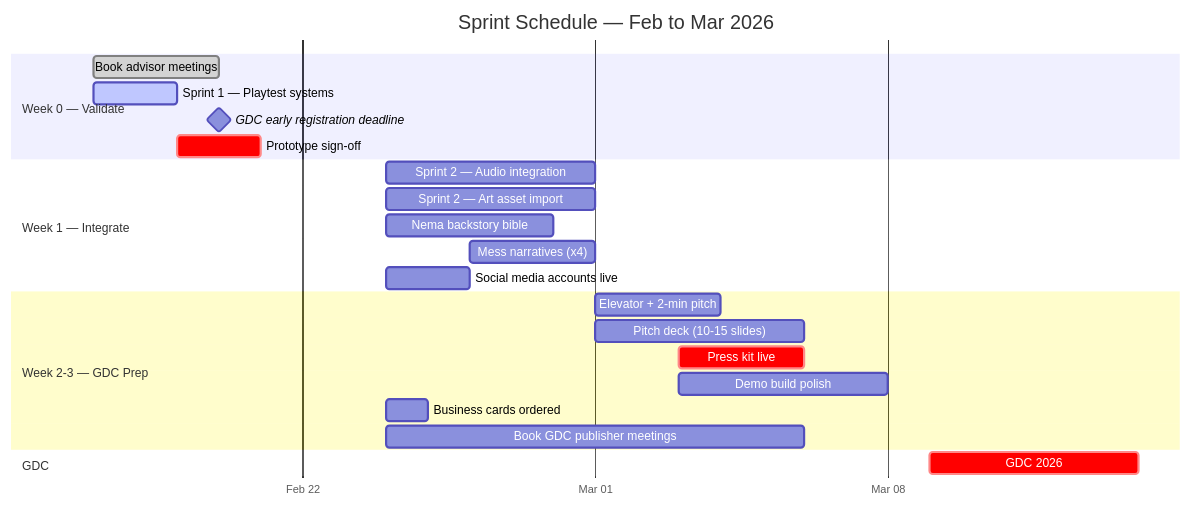
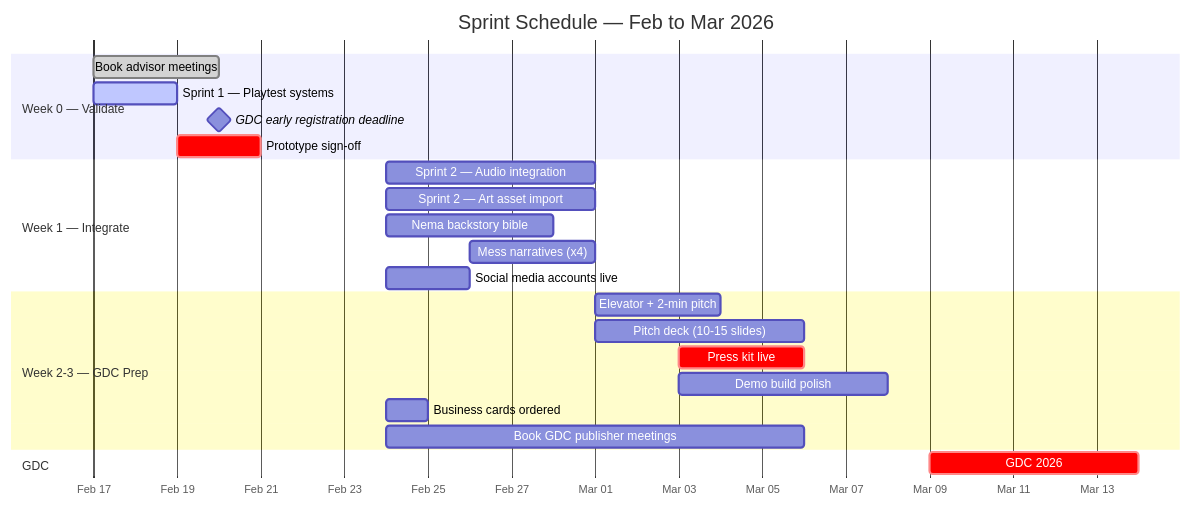
Before and after one commit to MartyChouette/iris_v3.0: the fourth of 13 diagrams in PRODUCTION_RUNWAY.md, drawn with Mermaid. The commit also changed 1 other file, not shown here.

Commit message:
fix: sprint gantt full-width — useMaxWidth false, remove tickInterval, uncap SVG width

````diff
--- a/PRODUCTION_RUNWAY.md
+++ b/PRODUCTION_RUNWAY.md
@@ -140,31 +140,35 @@
 ```mermaid
+---
+config:
+    gantt:
+        useMaxWidth: false
+---
 gantt
     title Sprint Schedule — Feb to Mar 2026
     dateFormat YYYY-MM-DD
     axisFormat %b %d
-    tickInterval 1week
 
     section Week 0 — Validate
     Book advisor meetings           :done, appt, 2026-02-17, 3d
     Sprint 1 — Playtest systems     :active, s1, 2026-02-17, 2d
     GDC early registration deadline :milestone, gdc_reg, 2026-02-20, 0d
     Prototype sign-off              :crit, signoff, 2026-02-19, 2d
 
     section Week 1 — Integrate
     Sprint 2 — Audio integration    :s2a, 2026-02-24, 5d
     Sprint 2 — Art asset import     :s2b, 2026-02-24, 5d
     Nema backstory bible            :nema, 2026-02-24, 4d
     Mess narratives (x4)            :mess, 2026-02-26, 3d
     Social media accounts live      :social, 2026-02-24, 2d
 
     section Week 2-3 — GDC Prep
     Elevator + 2-min pitch          :pitch, 2026-03-01, 3d
     Pitch deck (10-15 slides)       :deck, 2026-03-01, 5d
     Press kit live                  :crit, press, 2026-03-03, 3d
     Demo build polish               :demo, 2026-03-03, 5d
     Business cards ordered          :cards, 2026-02-24, 1d
     Book GDC publisher meetings     :meetings, 2026-02-24, 10d
 
     section GDC
     GDC 2026                        :crit, gdc, 2026-03-09, 5d
 ```
````
